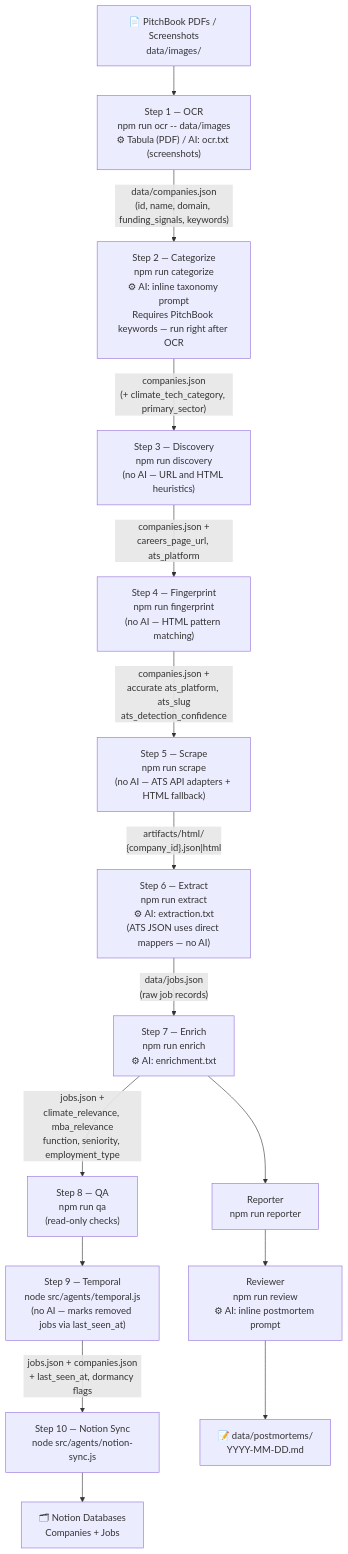
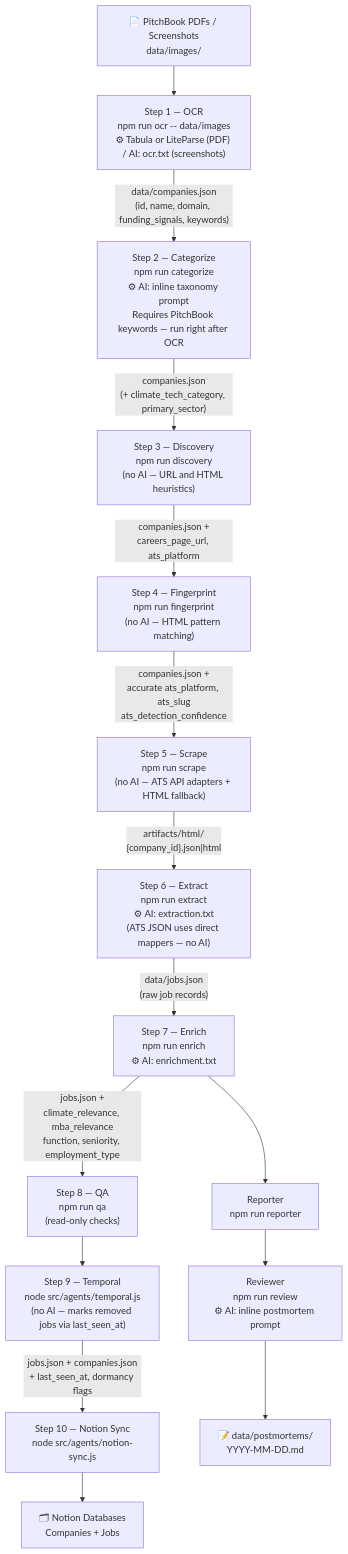
The first of 2 diagrams in README.md (walshkang/csb-job-board), drawn with Mermaid before and after one commit. The commit also changed other lines of this file and 4 other files, not shown here.

First line of the commit message:
Add optional LiteParse PDF backend for OCR

````diff
--- a/README.md
+++ b/README.md
@@ -220,39 +220,39 @@
 ```mermaid
 flowchart TD
     SRC["📄 PitchBook PDFs / Screenshots\ndata/images/"]
 
-    SRC --> S1["Step 1 — OCR\nnpm run ocr -- data/images\n⚙ Tabula (PDF) / AI: ocr.txt (screenshots)"]
+    SRC --> S1["Step 1 — OCR\nnpm run ocr -- data/images\n⚙ Tabula or LiteParse (PDF) / AI: ocr.txt (screenshots)"]
     S1 -->|"data/companies.json\n(id, name, domain, funding_signals, keywords)"| S2
 
     S2["Step 2 — Categorize\nnpm run categorize\n⚙ AI: inline taxonomy prompt\nRequires PitchBook keywords — run right after OCR"]
     S2 -->|"companies.json\n(+ climate_tech_category, primary_sector)"| S3
 
     S3["Step 3 — Discovery\nnpm run discovery\n(no AI — URL and HTML heuristics)"]
     S3 -->|"companies.json +\ncareers_page_url, ats_platform"| S4
 
     S4["Step 4 — Fingerprint\nnpm run fingerprint\n(no AI — HTML pattern matching)"]
     S4 -->|"companies.json +\naccurate ats_platform, ats_slug\nats_detection_confidence"| S5
 
     S5["Step 5 — Scrape\nnpm run scrape\n(no AI — ATS API adapters + HTML fallback)"]
     S5 -->|"artifacts/html/\n{company_id}.json|html"| S6
 
     S6["Step 6 — Extract\nnpm run extract\n⚙ AI: extraction.txt\n(ATS JSON uses direct mappers — no AI)"]
     S6 -->|"data/jobs.json\n(raw job records)"| S7
 
     S7["Step 7 — Enrich\nnpm run enrich\n⚙ AI: enrichment.txt"]
     S7 -->|"jobs.json +\nclimate_relevance, mba_relevance\nfunction, seniority, employment_type"| S8
 
     S8["Step 8 — QA\nnpm run qa\n(read-only checks)"]
     S8 --> S9
 
     S9["Step 9 — Temporal\nnode src/agents/temporal.js\n(no AI — marks removed jobs via last_seen_at)"]
     S9 -->|"jobs.json + companies.json\n+ last_seen_at, dormancy flags"| S10
 
     S10["Step 10 — Notion Sync\nnode src/agents/notion-sync.js"]
     S10 --> NOTION["🗂 Notion Databases\nCompanies + Jobs"]
 
     S7 --> OBS1
     OBS1["Reporter\nnpm run reporter"]
     OBS1 --> OBS2["Reviewer\nnpm run review\n⚙ AI: inline postmortem prompt"]
     OBS2 --> PM["📝 data/postmortems/\nYYYY-MM-DD.md"]
 ```
````
